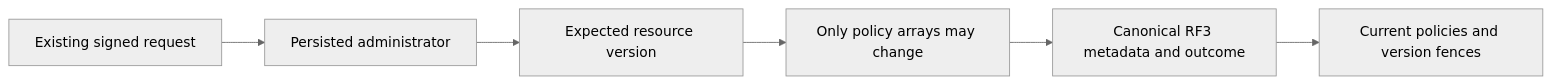
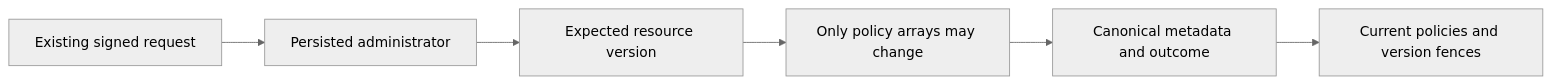
The diagram in docs/ADR/ADR-093-resource-policy-updates.md (managedcode/KeyLoad), drawn with Mermaid (neutral theme) before and after one commit. The commit also changed other lines of this file and 7356 other files, not shown here.

````diff
--- a/docs/ADR/ADR-093-resource-policy-updates.md
+++ b/docs/ADR/ADR-093-resource-policy-updates.md
@@ -22,8 +16,8 @@
 ```mermaid
 flowchart LR
   Request[Existing signed request] --> Authority[Persisted administrator]
   Authority --> CAS[Expected resource version]
   CAS --> Shape[Only policy arrays may change]
-  Shape --> Commit[Canonical RF3 metadata and outcome]
+  Shape --> Commit[Canonical metadata and outcome]
   Commit --> Reads[Current policies and version fences]
 ```
````
